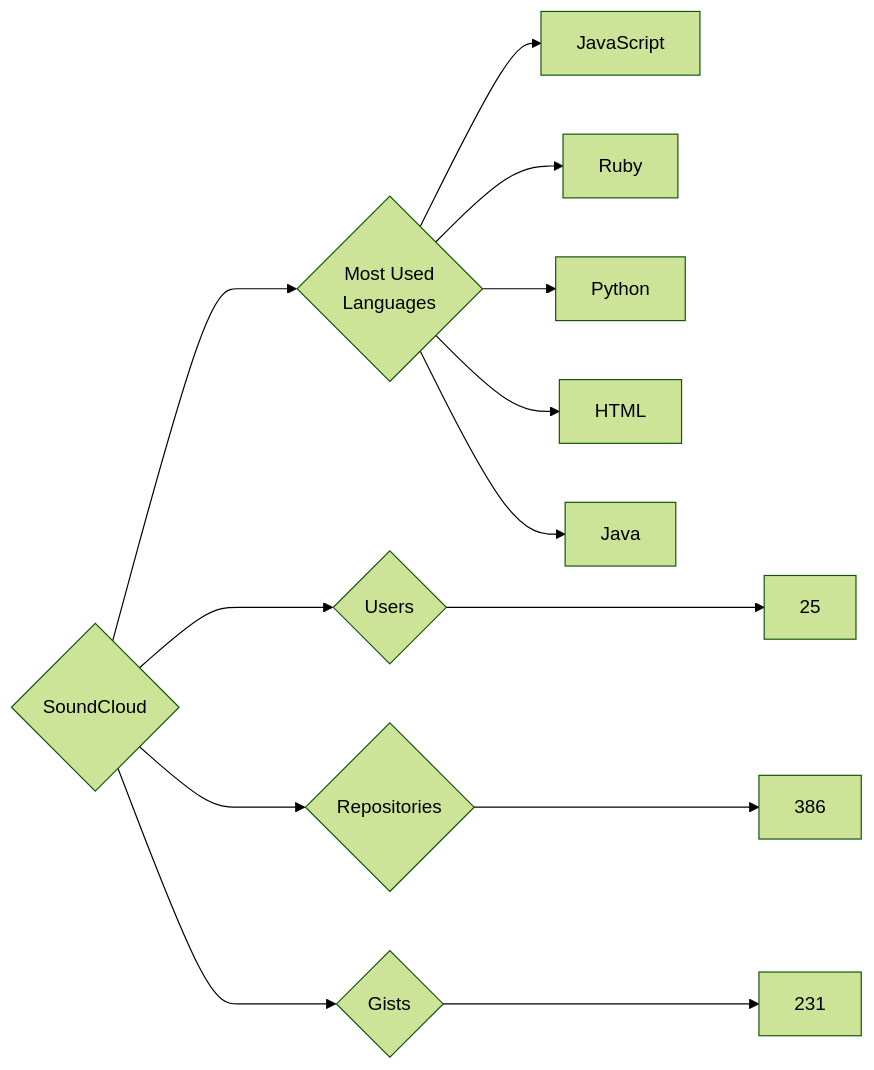
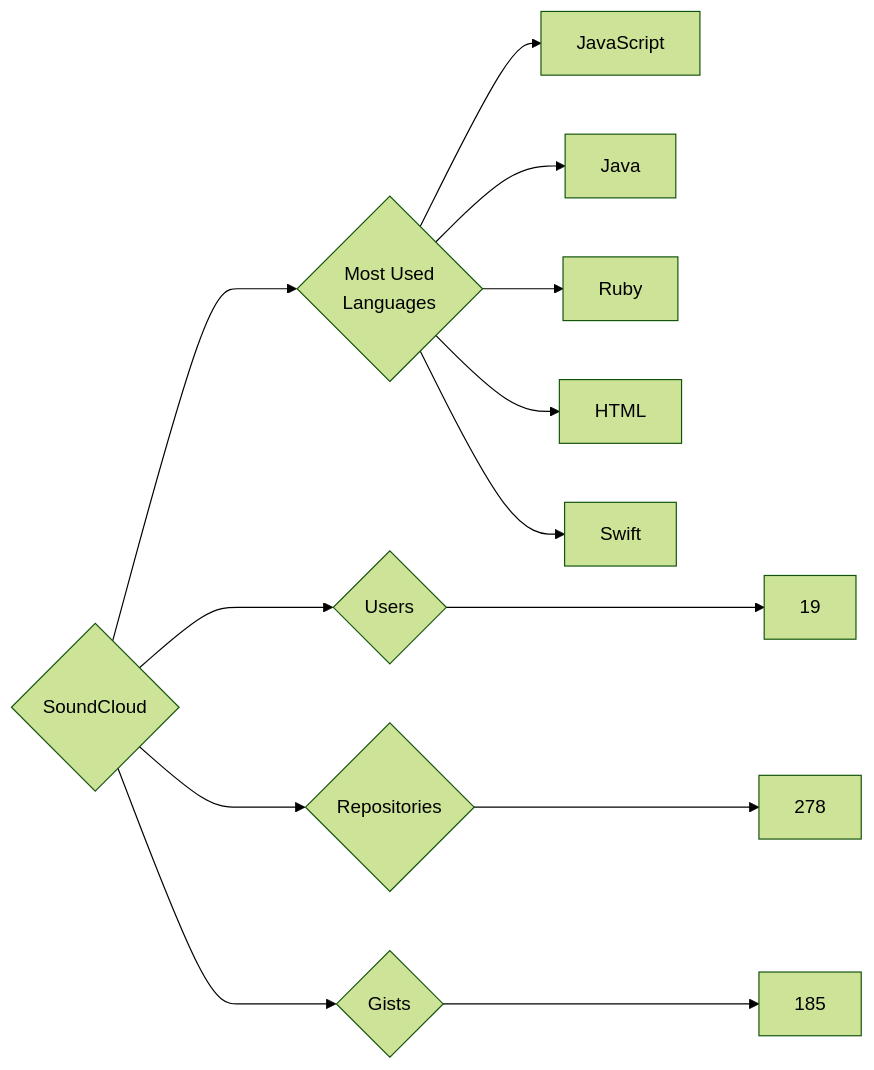
Before and after one commit to trickest/insiders: the diagram in targets/SoundCloud/README.md, drawn with Mermaid (forest theme). The commit also changed 1011 other files, not shown here.

````diff
--- a/targets/SoundCloud/README.md
+++ b/targets/SoundCloud/README.md
@@ -3,13 +3,13 @@
 ```mermaid
 graph LR
 COMPANY_NAME{SoundCloud}
-COMPANY_NAME ---> U{Users} ---> UN[25]
-COMPANY_NAME ---> R{Repositories} ---> RN[386]
-COMPANY_NAME ---> G{Gists} ---> GN[231]
+COMPANY_NAME ---> U{Users} ---> UN[19]
+COMPANY_NAME ---> R{Repositories} ---> RN[278]
+COMPANY_NAME ---> G{Gists} ---> GN[185]
 COMPANY_NAME ---> ML{Most Used<br>Languages}
 ML --> JavaScript[JavaScript]
+ML --> Java[Java]
 ML --> Ruby[Ruby]
-ML --> Python[Python]
 ML --> HTML[HTML]
-ML --> Java[Java]
+ML --> Swift[Swift]
 ```
````
